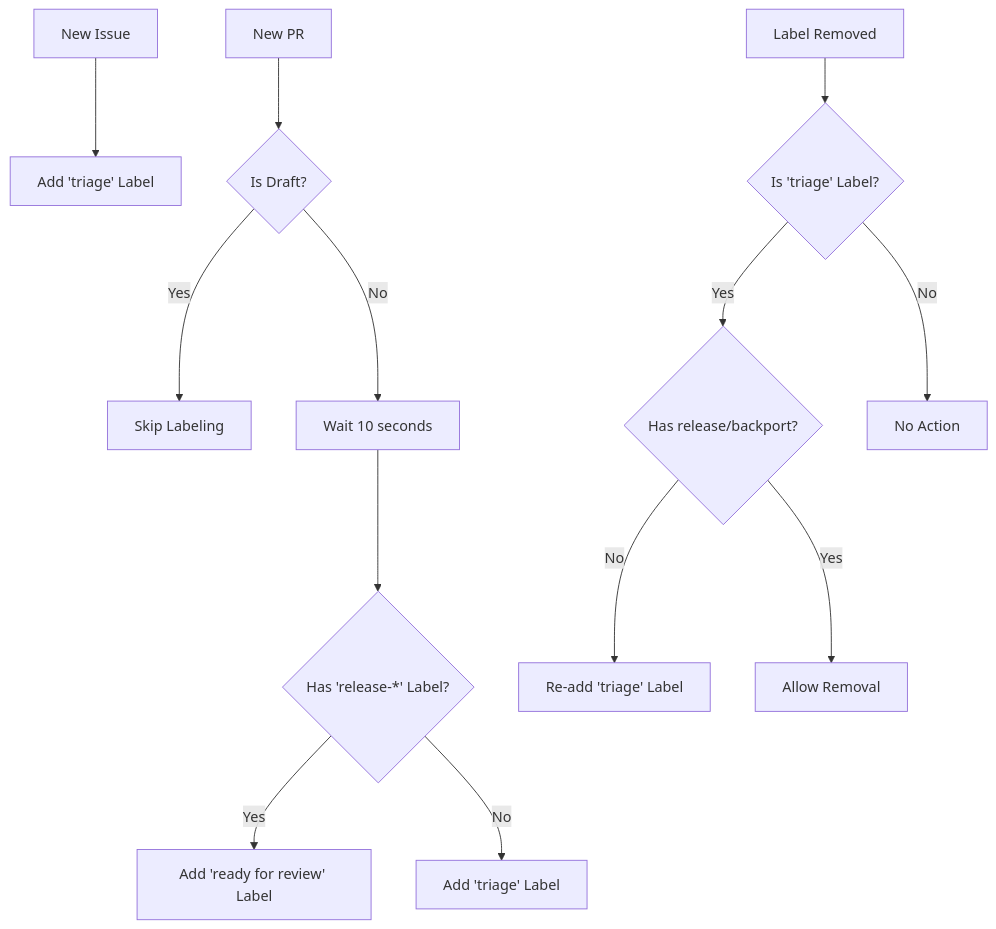
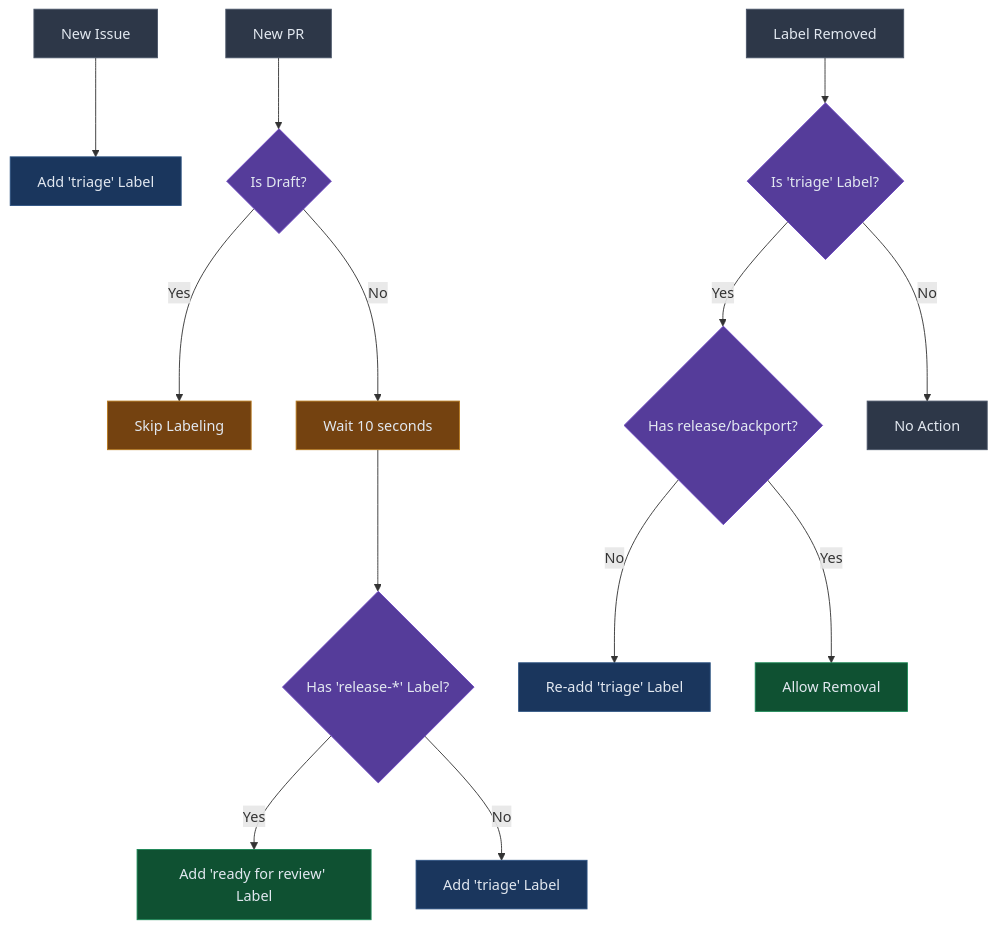
Before and after one commit to thenets/repo-automation: the first of 7 diagrams in README.md, drawn with Mermaid. The commit also changed other lines of this file and 1 other file, not shown here.

Commit message:
Update mermaid charts with dark-mode friendly colors

````diff
--- a/README.md
+++ b/README.md
@@ -219,15 +219,31 @@
 ```mermaid
 flowchart TD
     A[New Issue] --> B[Add 'triage' Label]
     C[New PR] --> D{Is Draft?}
     D -->|Yes| E[Skip Labeling]
     D -->|No| F[Wait 10 seconds]
     F --> G{Has 'release-*' Label?}
     G -->|Yes| H[Add 'ready for review' Label]
     G -->|No| I[Add 'triage' Label]
     J[Label Removed] --> K{Is 'triage' Label?}
     K -->|Yes| L{Has release/backport?}
     L -->|No| M[Re-add 'triage' Label]
     L -->|Yes| N[Allow Removal]
     K -->|No| O[No Action]
+    
+    style A fill:#2d3748,stroke:#4a5568,color:#e2e8f0
+    style B fill:#1a365d,stroke:#2c5282,color:#e2e8f0
+    style C fill:#2d3748,stroke:#4a5568,color:#e2e8f0
+    style D fill:#553c9a,stroke:#6b46c1,color:#e2e8f0
+    style E fill:#744210,stroke:#b7791f,color:#e2e8f0
+    style F fill:#744210,stroke:#b7791f,color:#e2e8f0
+    style G fill:#553c9a,stroke:#6b46c1,color:#e2e8f0
+    style H fill:#0f5132,stroke:#198754,color:#e2e8f0
+    style I fill:#1a365d,stroke:#2c5282,color:#e2e8f0
+    style J fill:#2d3748,stroke:#4a5568,color:#e2e8f0
+    style K fill:#553c9a,stroke:#6b46c1,color:#e2e8f0
+    style L fill:#553c9a,stroke:#6b46c1,color:#e2e8f0
+    style M fill:#1a365d,stroke:#2c5282,color:#e2e8f0
+    style N fill:#0f5132,stroke:#198754,color:#e2e8f0
+    style O fill:#2d3748,stroke:#4a5568,color:#e2e8f0
 ```
````
